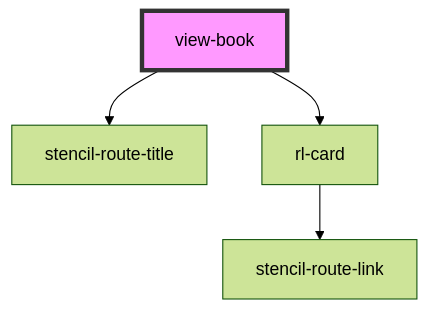
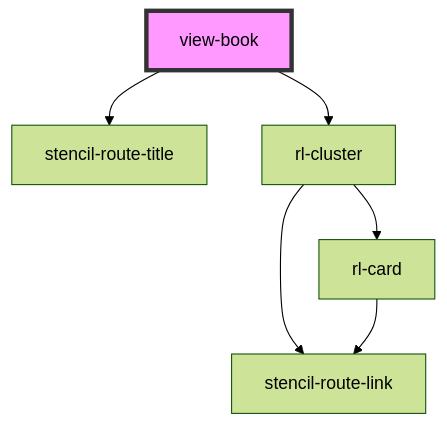
One commit to torontomulibrary/building-info-system changed the diagram in src/views/view-book/readme.md. Above: the diagram before and after it, drawn with Mermaid (forest theme). The commit also changed other lines of this file and 5 other files, not shown here.

````diff
--- a/src/views/view-book/readme.md
+++ b/src/views/view-book/readme.md
@@ -24,7 +24,9 @@
 ```mermaid
 graph TD;
   view-book --> stencil-route-title
-  view-book --> rl-card
+  view-book --> rl-cluster
+  rl-cluster --> rl-card
+  rl-cluster --> stencil-route-link
   rl-card --> stencil-route-link
   style view-book fill:#f9f,stroke:#333,stroke-width:4px
 ```
````
